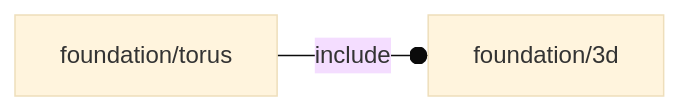
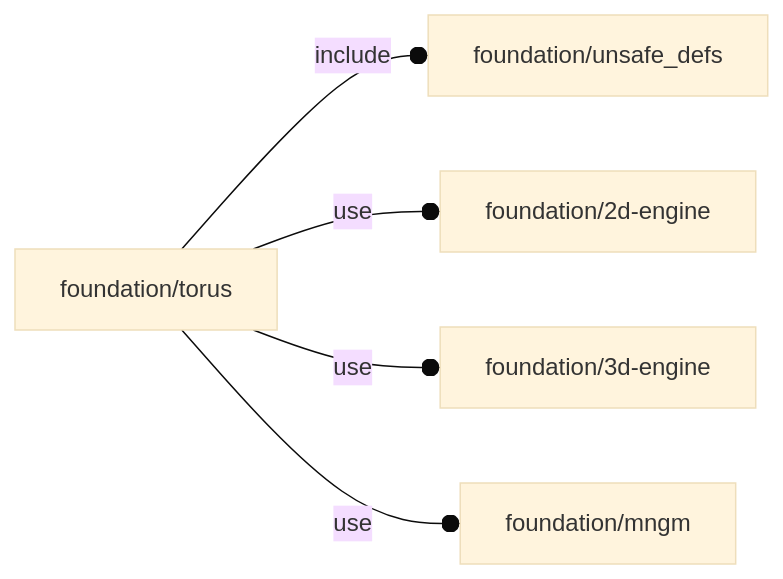
One commit to ggabbiani/OFL changed the diagram in orthodocs/foundation/torus.md. Above: the diagram before and after it, drawn with Mermaid (base theme). The commit also changed 74 other files, not shown here.

````diff
--- a/orthodocs/foundation/torus.md
+++ b/orthodocs/foundation/torus.md
@@ -5,4 +5,7 @@
 ```mermaid
 graph LR
-    A1[foundation/torus] --o|include| A2[foundation/3d]
+    A1[foundation/torus] --o|include| A2[foundation/unsafe_defs]
+    A1 --o|use| A3[foundation/2d-engine]
+    A1 --o|use| A4[foundation/3d-engine]
+    A1 --o|use| A5[foundation/mngm]
 ```
````
